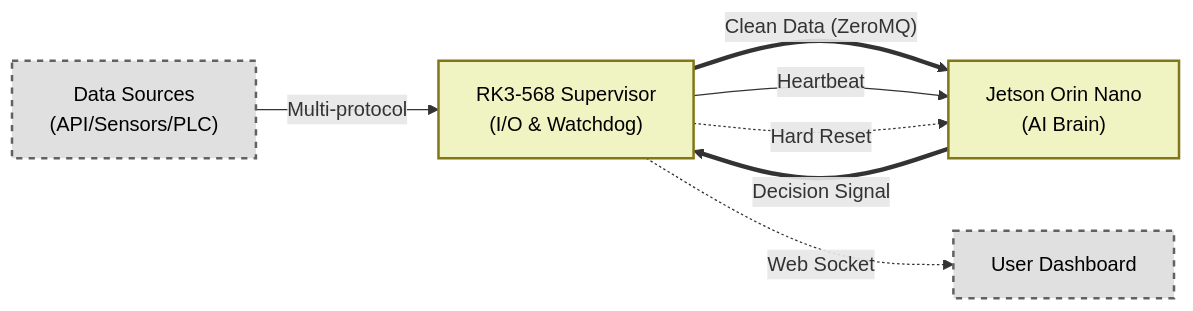
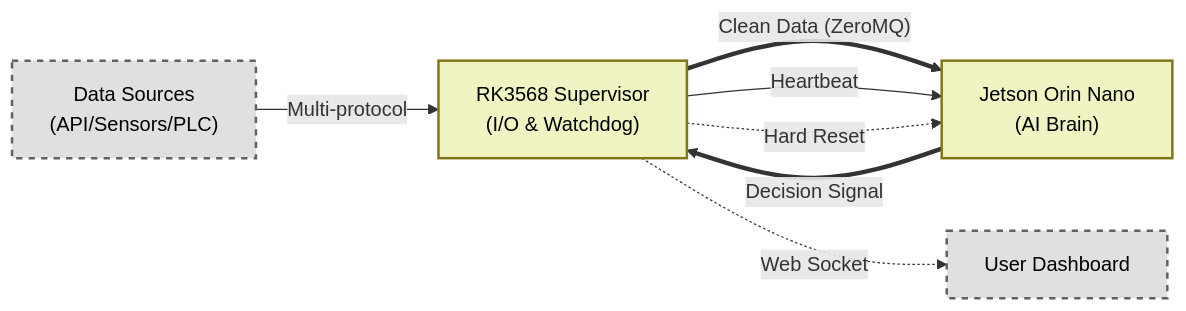
The second of 2 diagrams in README.md (WNPPP0114/HEQIS), drawn with Mermaid before and after one commit.

Commit message:
Update supervisor name from RK3-568 to RK3568

````diff
--- a/README.md
+++ b/README.md
@@ -101,19 +101,19 @@
 ```mermaid
 graph LR
     %% 节点样式定义
     classDef dev fill:#f0f4c3,stroke:#827717,stroke-width:2px,color:#000;
     classDef ext fill:#e0e0e0,stroke:#616161,stroke-width:2px,stroke-dasharray: 5 5,color:#000;
 
     A["Data Sources<br/>(API/Sensors/PLC)"]:::ext
-    B["RK3-568 Supervisor<br/>(I/O & Watchdog)"]:::dev
+    B["RK3568 Supervisor<br/>(I/O & Watchdog)"]:::dev
     C["Jetson Orin Nano<br/>(AI Brain)"]:::dev
     D["User Dashboard"]:::ext
 
     A -->|Multi-protocol| B
     %% 为链接文本加上双引号，避免括号解析错误
     B ==>|"Clean Data (ZeroMQ)"| C
     C ==>|"Decision Signal"| B
     B -->|"Heartbeat"| C
     B -.->|"Web Socket"| D
     B -.->|"Hard Reset"| C
 ```
````
